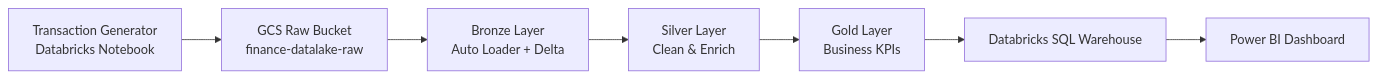
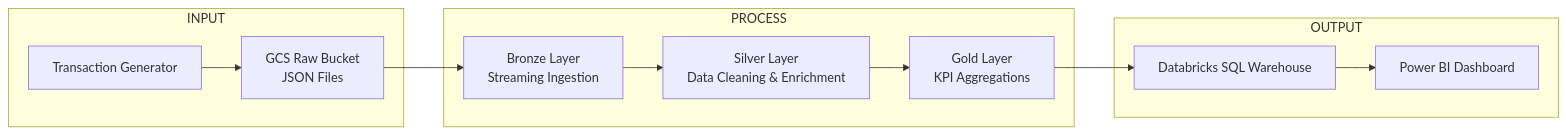
The diagram in README.md (saijanani4/real-time-banking-etl), drawn with Mermaid before and after one commit. The commit also changed other lines of this file, not shown here.

Commit message:
Enhance README with I/O architecture diagram
Added I/O architecture diagram to README for clarity on data flow.

````diff
--- a/README.md
+++ b/README.md
@@ -11,18 +13,26 @@
 ```mermaid
 flowchart LR
 
-    A[Transaction Generator<br>Databricks Notebook]
-    B[GCS Raw Bucket<br>finance-datalake-raw]
-    C[Bronze Layer<br>Auto Loader + Delta]
-    D[Silver Layer<br>Clean & Enrich]
-    E[Gold Layer<br>Business KPIs]
-    F[Databricks SQL Warehouse]
-    G[Power BI Dashboard]
+    subgraph INPUT
+        A[Transaction Generator]
+        B[GCS Raw Bucket<br>JSON Files]
+    end
+
+    subgraph PROCESS
+        C[Bronze Layer<br>Streaming Ingestion]
+        D[Silver Layer<br>Data Cleaning & Enrichment]
+        E[Gold Layer<br>KPI Aggregations]
+    end
+
+    subgraph OUTPUT
+        F[Databricks SQL Warehouse]
+        G[Power BI Dashboard]
+    end
 
     A --> B
     B --> C
     C --> D
     D --> E
     E --> F
     F --> G
 ```
````
